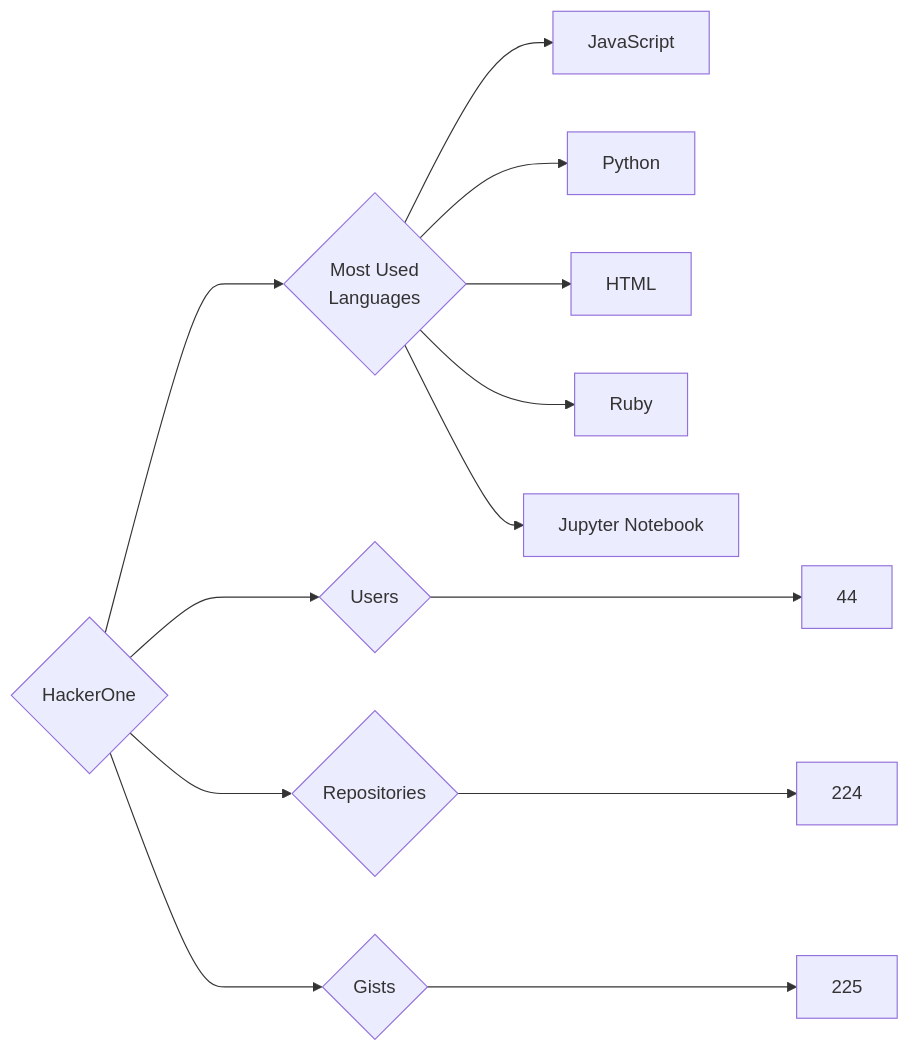
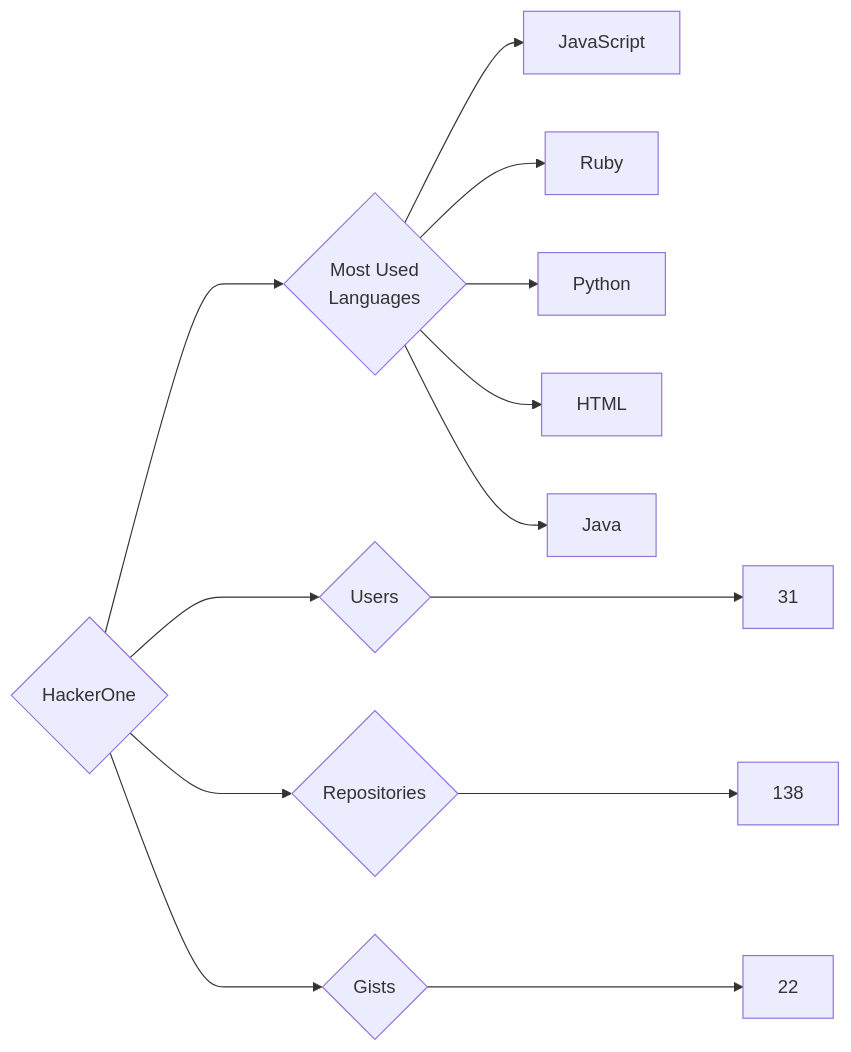
Before and after one commit to trickest/insiders: the diagram in targets/HackerOne/README.md, drawn with Mermaid. The commit also changed 777 other files, not shown here.

````diff
--- a/targets/HackerOne/README.md
+++ b/targets/HackerOne/README.md
@@ -3,13 +3,13 @@
 ```mermaid
 graph LR
 COMPANY_NAME{HackerOne}
-COMPANY_NAME ---> U{Users} ---> UN[44]
-COMPANY_NAME ---> R{Repositories} ---> RN[224]
-COMPANY_NAME ---> G{Gists} ---> GN[225]
+COMPANY_NAME ---> U{Users} ---> UN[31]
+COMPANY_NAME ---> R{Repositories} ---> RN[138]
+COMPANY_NAME ---> G{Gists} ---> GN[22]
 COMPANY_NAME ---> ML{Most Used<br>Languages}
 ML --> JavaScript[JavaScript]
+ML --> Ruby[Ruby]
 ML --> Python[Python]
 ML --> HTML[HTML]
-ML --> Ruby[Ruby]
-ML --> Jupyter_Notebook[Jupyter Notebook]
+ML --> Java[Java]
 ```
````
